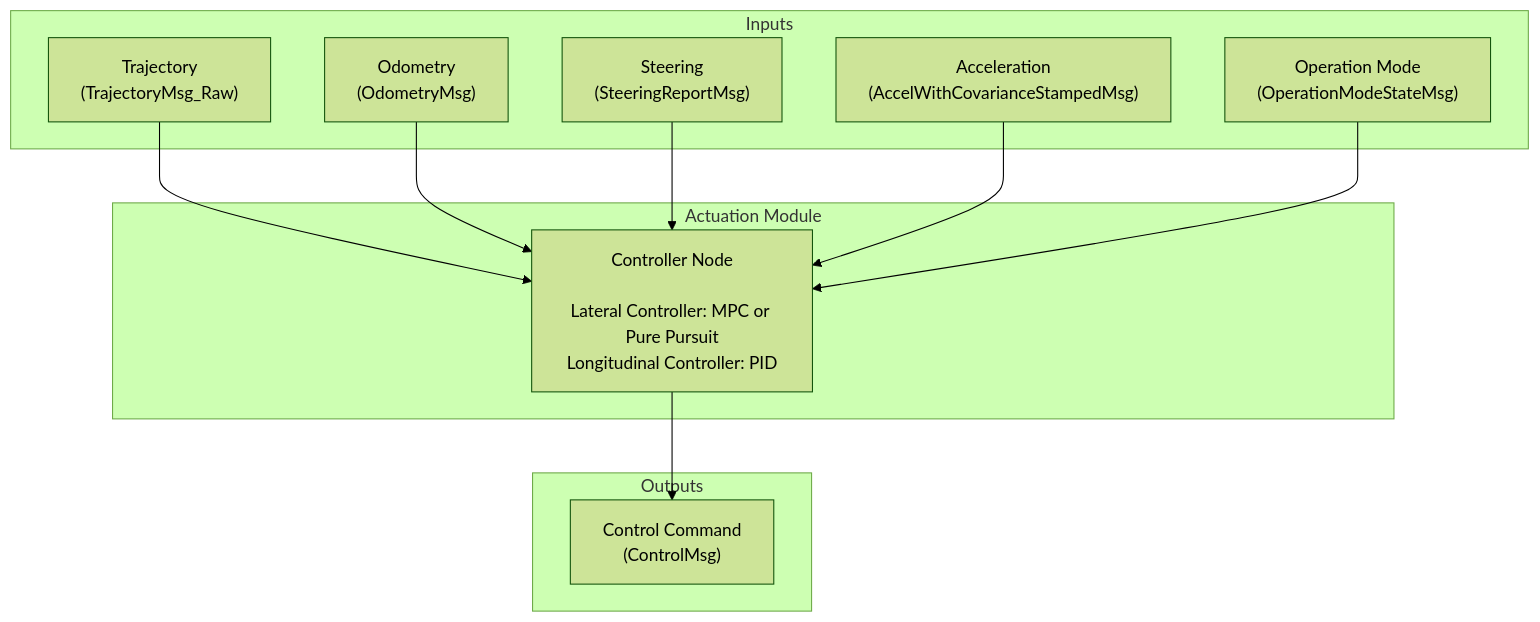
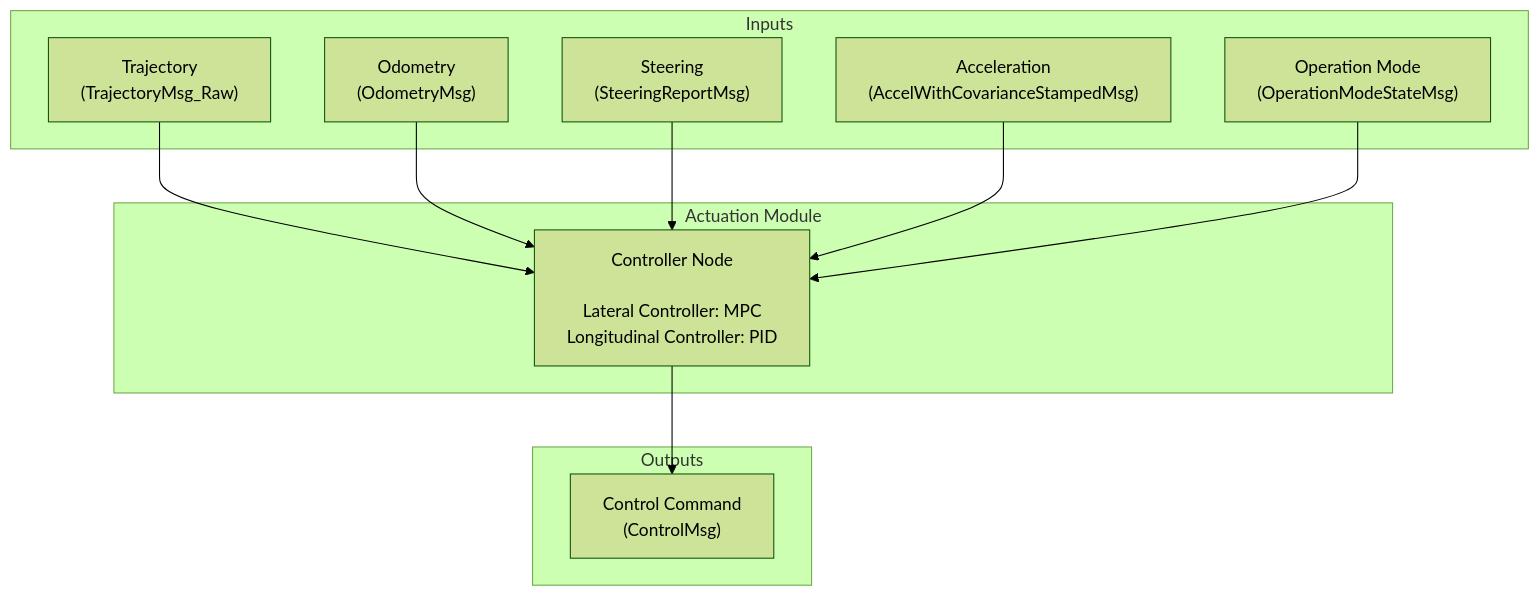
One commit to oguzkaganozt/actuation_porting changed the diagram in README.md. Above: the diagram before and after it, drawn with Mermaid (forest theme). The commit also changed 2 other files, not shown here.

Commit message:
enable github pages

````diff
--- a/README.md
+++ b/README.md
@@ -15,26 +15,26 @@
 ```mermaid
 graph TD
     subgraph Inputs
         Trajectory["Trajectory<br/>(TrajectoryMsg_Raw)"]
         Odometry["Odometry<br/>(OdometryMsg)"]
         Steering["Steering<br/>(SteeringReportMsg)"]
         Acceleration["Acceleration<br/>(AccelWithCovarianceStampedMsg)"]
         OperationMode["Operation Mode<br/>(OperationModeStateMsg)"]
     end
 
     subgraph "Actuation Module"
-        ControllerNode["Controller Node<br/><br/>Lateral Controller: MPC or Pure Pursuit<br/>Longitudinal Controller: PID"]
+        ControllerNode["Controller Node<br/><br/>Lateral Controller: MPC <br/>Longitudinal Controller: PID"]
     end
     
     subgraph Outputs
         ControlCommand["Control Command<br/>(ControlMsg)"]
     end
 
     Trajectory --> ControllerNode
     Odometry --> ControllerNode
     Steering --> ControllerNode
     Acceleration --> ControllerNode
     OperationMode --> ControllerNode
     
     ControllerNode --> ControlCommand
 ```
````
